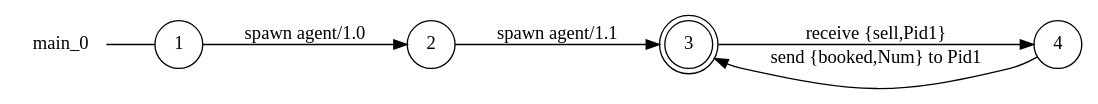
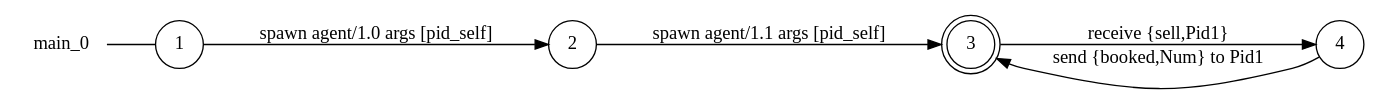
The diagram in examples/airline/main_0_local_view.dot (gabrielegenovese/chorer), drawn with Graphviz before and after one commit. The commit also changed 6 other files, not shown here.

```diff
--- a/examples/airline/main_0_local_view.dot
+++ b/examples/airline/main_0_local_view.dot
@@ -1,14 +1,14 @@
 digraph main_0 {
 	rankdir="LR";
 	n_0 [label="main_0", shape="plaintext"];
 	n_1 [id="5", shape=circle, label="4"];
 	n_2 [id="1", shape=circle, label="1"];
 	n_0 -> n_2 [arrowhead=none];
 	n_3 [id="2", shape=doublecircle, label="3"];
 	n_4 [id="3", shape=circle, label="2"];
 
-	n_4 -> n_3 [id="[$e|2]", label="spawn agent/1.1"];
+	n_4 -> n_3 [id="[$e|3]", label="spawn agent/1.1 args [pid_self]"];
 	n_1 -> n_3 [id="[$e|5]", label="send {booked,Num} to Pid1"];
-	n_2 -> n_4 [id="[$e|1]", label="spawn agent/1.0"];
+	n_2 -> n_4 [id="[$e|1]", label="spawn agent/1.0 args [pid_self]"];
 	n_3 -> n_1 [id="[$e|0]", label="receive {sell,Pid1}"];
 }
```
